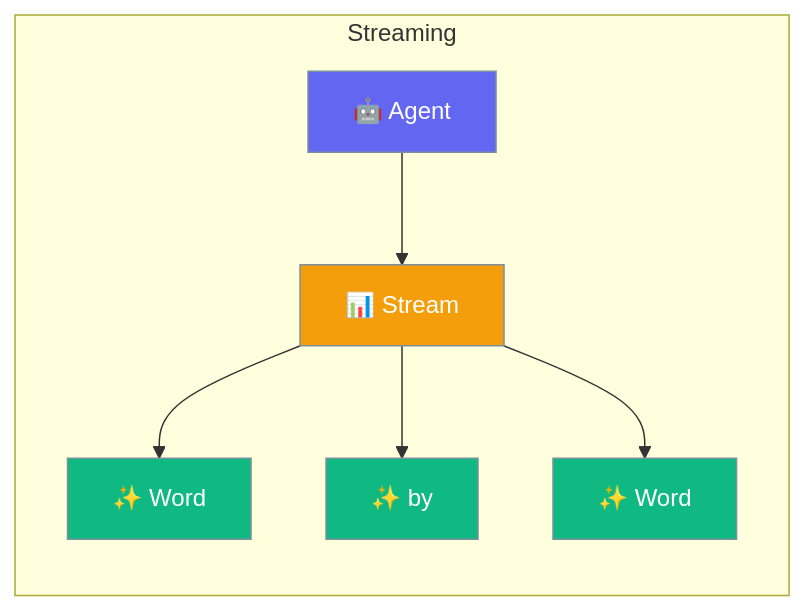
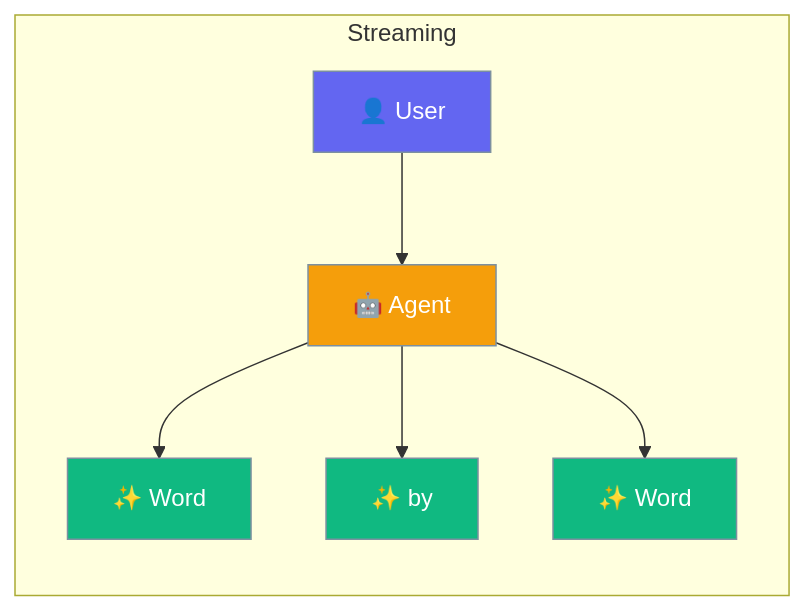
One commit to MervinPraison/PraisonAIDocs changed the first of 2 diagrams in docs/js/realtime.mdx. Above: the diagram before and after it, drawn with Mermaid. The commit also changed other lines of this file and 30 other files, not shown here.

````diff
--- a/docs/js/realtime.mdx
+++ b/docs/js/realtime.mdx
@@ -10,17 +10,17 @@
 ```mermaid
 graph LR
     subgraph "Streaming"
-        A[🤖 Agent] --> B[📊 Stream]
+        A[👤 User] --> B[🤖 Agent]
         B --> C[✨ Word]
         B --> D[✨ by]
         B --> E[✨ Word]
     end
     
-    classDef agent fill:#6366F1,stroke:#7C90A0,color:#fff
-    classDef stream fill:#F59E0B,stroke:#7C90A0,color:#fff
-    classDef word fill:#10B981,stroke:#7C90A0,color:#fff
+    classDef user fill:#6366F1,stroke:#7C90A0,color:#fff
+    classDef agent fill:#F59E0B,stroke:#7C90A0,color:#fff
+    classDef stream fill:#10B981,stroke:#7C90A0,color:#fff
     
-    class A agent
-    class B stream
-    class C,D,E word
+    class A user
+    class B agent
+    class C,D,E stream
 ```
````
